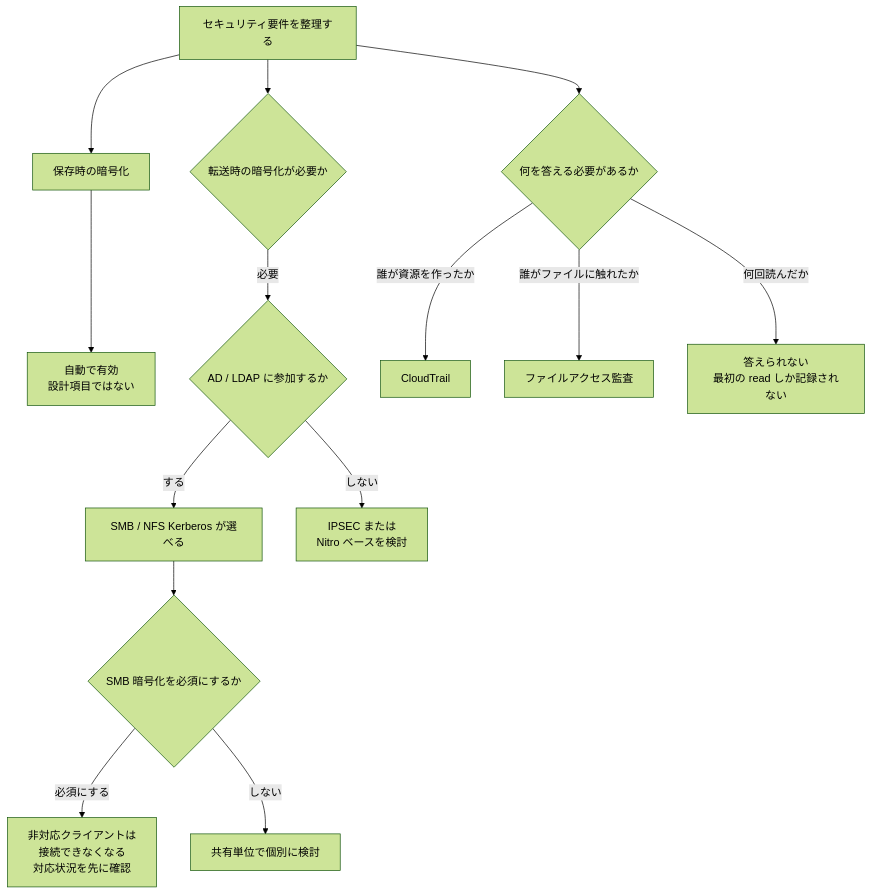
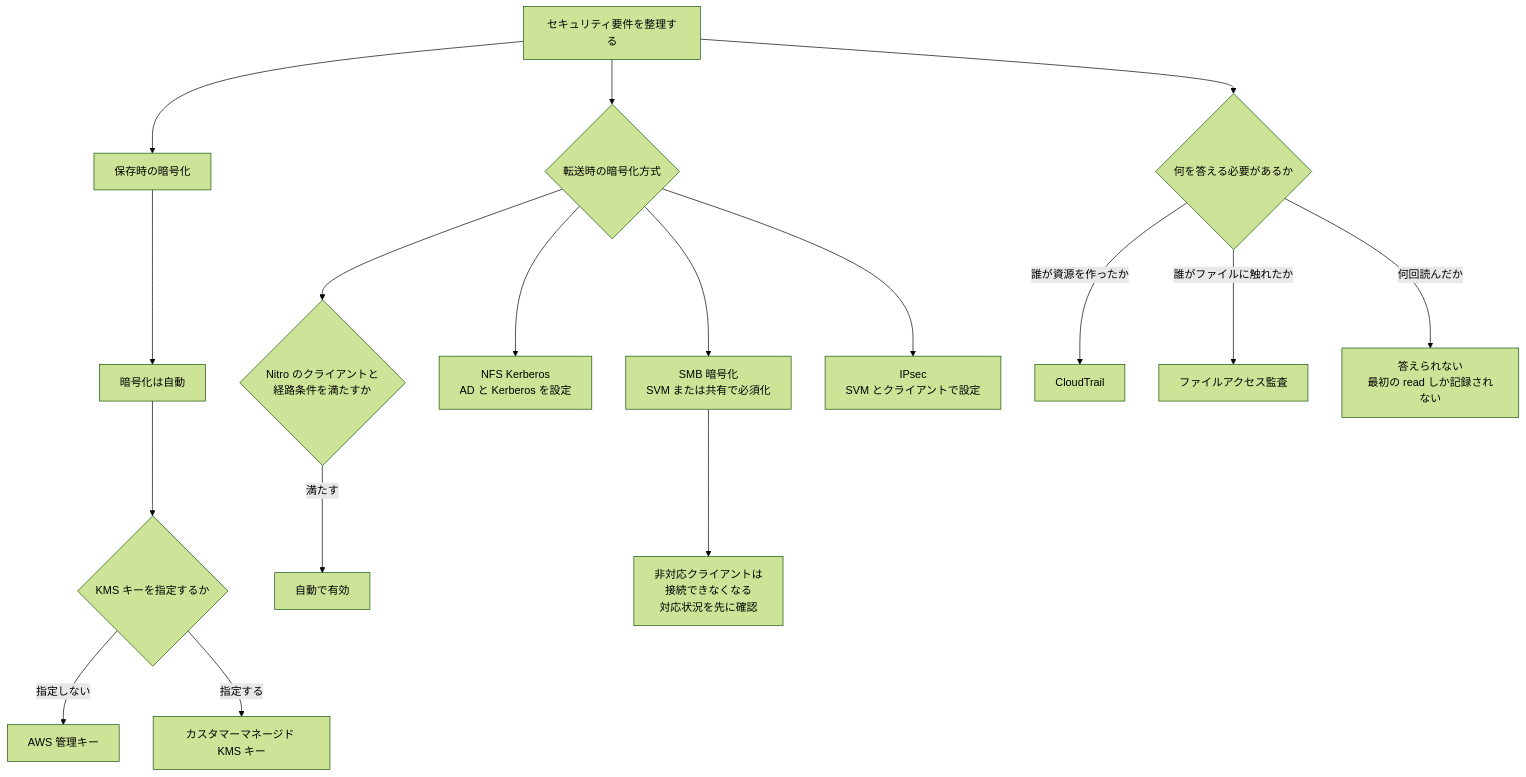
One commit to Yoshiki0705/FSx-for-ONTAP-Adoption-Playbook changed the diagram in docs/ja/domains/security-governance/notes/what-the-platform-gives-and-what-stays-yours.md. Above: the diagram before and after it, drawn with Mermaid (forest theme). The commit also changed other lines of this file and 36 other files, not shown here.

````diff
--- a/docs/ja/domains/security-governance/notes/what-the-platform-gives-and-what-stays-yours.md
+++ b/docs/ja/domains/security-governance/notes/what-the-platform-gives-and-what-stays-yours.md
@@ -160,19 +166,22 @@
 ```mermaid
 graph TD
     A[セキュリティ要件を整理する] --> R[保存時の暗号化]
-    R --> R1[自動で有効<br/>設計項目ではない]
+    R --> R1[暗号化は自動]
+    R1 --> KMS{KMS キーを指定するか}
+    KMS -->|指定しない| AK[AWS 管理キー]
+    KMS -->|指定する| CK[カスタマーマネージド KMS キー]
 
-    A --> T{転送時の暗号化が必要か}
-    T -->|必要| T1{AD / LDAP に参加するか}
-    T1 -->|する| KRB[SMB / NFS Kerberos が選べる]
-    T1 -->|しない| ALT[IPSEC または<br/>Nitro ベースを検討]
+    A --> T{転送時の暗号化方式}
+    T --> NITRO{Nitro のクライアントと<br/>経路条件を満たすか}
+    NITRO -->|満たす| AUTO[自動で有効]
+    T --> KRB[NFS Kerberos<br/>AD と Kerberos を設定]
+    T --> SMBE[SMB 暗号化<br/>SVM または共有で必須化]
+    T --> IPSEC[IPsec<br/>SVM とクライアントで設定]
 
-    KRB --> SMBE{SMB 暗号化を必須にするか}
-    SMBE -->|必須にする| CLIENT[非対応クライアントは<br/>接続できなくなる<br/>対応状況を先に確認]
-    SMBE -->|しない| OPT[共有単位で個別に検討]
+    SMBE --> CLIENT[非対応クライアントは<br/>接続できなくなる<br/>対応状況を先に確認]
 
     A --> AUD{何を答える必要があるか}
     AUD -->|誰が資源を作ったか| CT[CloudTrail]
     AUD -->|誰がファイルに触れたか| FA[ファイルアクセス監査]
     AUD -->|何回読んだか| GAP["答えられない<br/>最初の read しか記録されない"]
 ```
````
